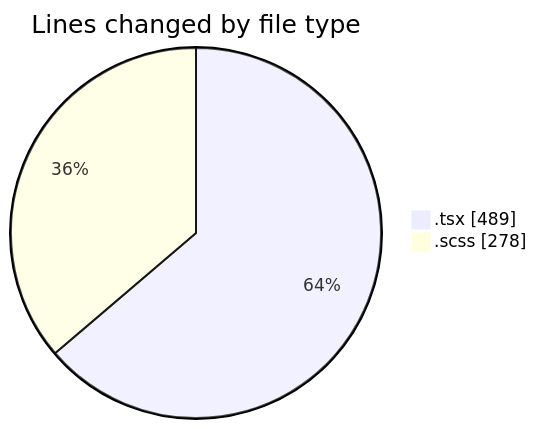
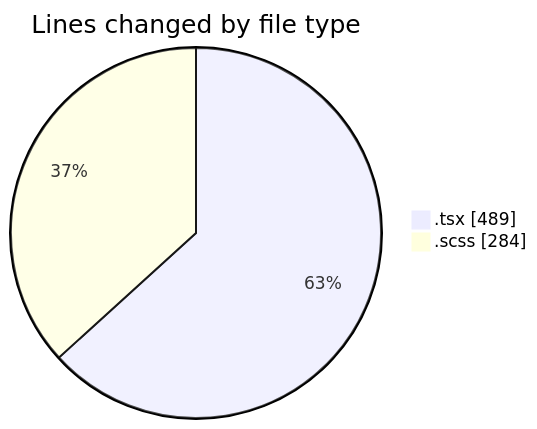
The first of 2 diagrams in 2026-02-25/cda/README.md (momahboobian/code-tracking), drawn with Mermaid before and after one commit. The commit also changed other lines of this file and 1 other file, not shown here.

````diff
--- a/2026-02-25/cda/README.md
+++ b/2026-02-25/cda/README.md
@@ -21,6 +21,6 @@
 ```mermaid
 pie showData
 title Lines changed by file type
 ".tsx" : 489
-".scss" : 278
+".scss" : 284
 ```
````
